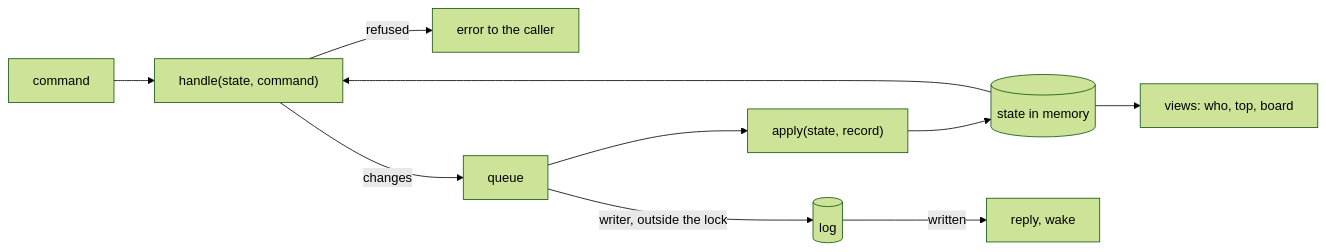
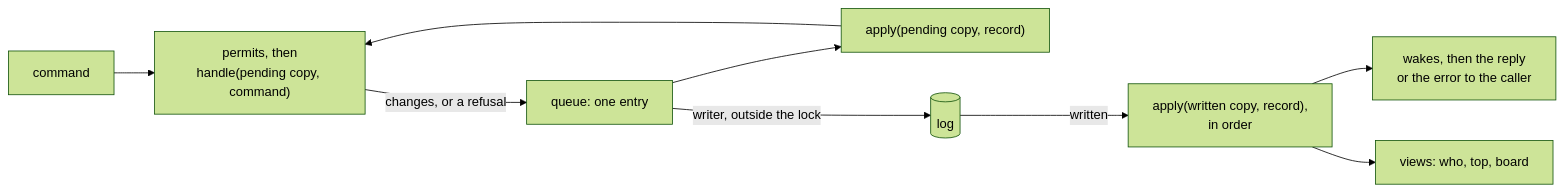
The second of 3 diagrams in docs/src/design-storage.md (como-technologies/riff), drawn with Mermaid (forest theme) before and after one commit. The commit also changed other lines of this file and 27 other files, not shown here.

First line of the commit message:
Each command goes through one dispatch, the stages are types, and the writer finishes each command (#413)

````diff
--- a/docs/src/design-storage.md
+++ b/docs/src/design-storage.md
@@ -65,12 +65,11 @@
 ```mermaid
 flowchart LR
-    C[command] --> H["handle(state, command)"]
-    H -->|refused| E[error to the caller]
-    H -->|changes| Q[queue]
-    Q --> A["apply(state, record)"]
-    A --> S[(state in memory)]
+    C[command] --> H["permits, then<br/>handle(pending copy, command)"]
+    H -->|"changes, or a refusal"| Q[queue: one entry]
+    Q --> P["apply(pending copy, record)"]
+    P --> H
     Q -->|writer, outside the lock| L[(log)]
-    L -->|written| R[reply, wake]
-    S --> H
-    S --> V["views: who, top, board"]
+    L -->|written| A["apply(written copy, record),<br/>in order"]
+    A --> R["wakes, then the reply<br/>or the error to the caller"]
+    A --> V["views: who, top, board"]
 ```
````
